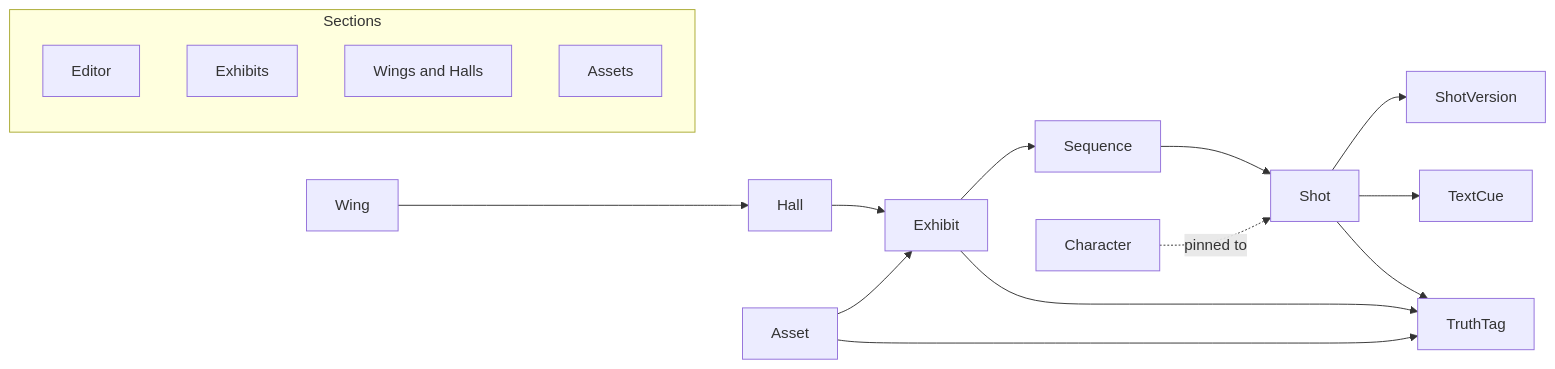
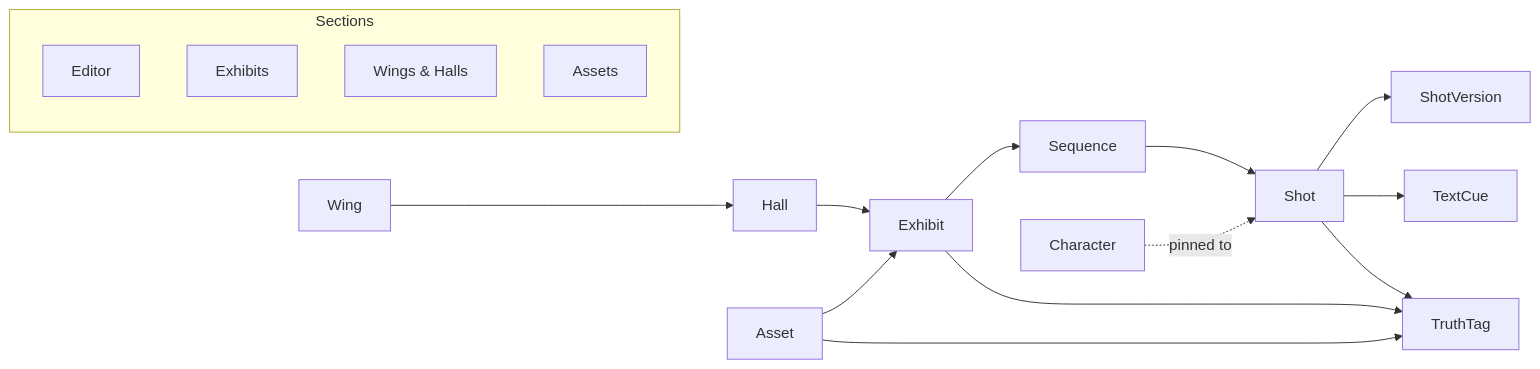
Before and after one commit to pjared/grok-repos: the diagram in museum-of-time-workshop/ARCHITECTURE.md, drawn with Mermaid. The commit also changed other lines of this file and 8 other files, not shown here.

````diff
--- a/museum-of-time-workshop/ARCHITECTURE.md
+++ b/museum-of-time-workshop/ARCHITECTURE.md
@@ -5,19 +5,19 @@
 ```mermaid
 flowchart LR
   subgraph rail [Sections]
     Editor
     Exhibits
-    Wings["Wings and Halls"]
+    Wings["Wings & Halls"]
     Assets
   end
 
   Wing --> Hall --> Exhibit
   Exhibit --> Sequence --> Shot
   Shot --> ShotVersion
   Shot --> TextCue
   Character -. pinned to .-> Shot
   Asset --> Exhibit
   Exhibit --> TruthTag
   Shot --> TruthTag
   Asset --> TruthTag
 ```
````
